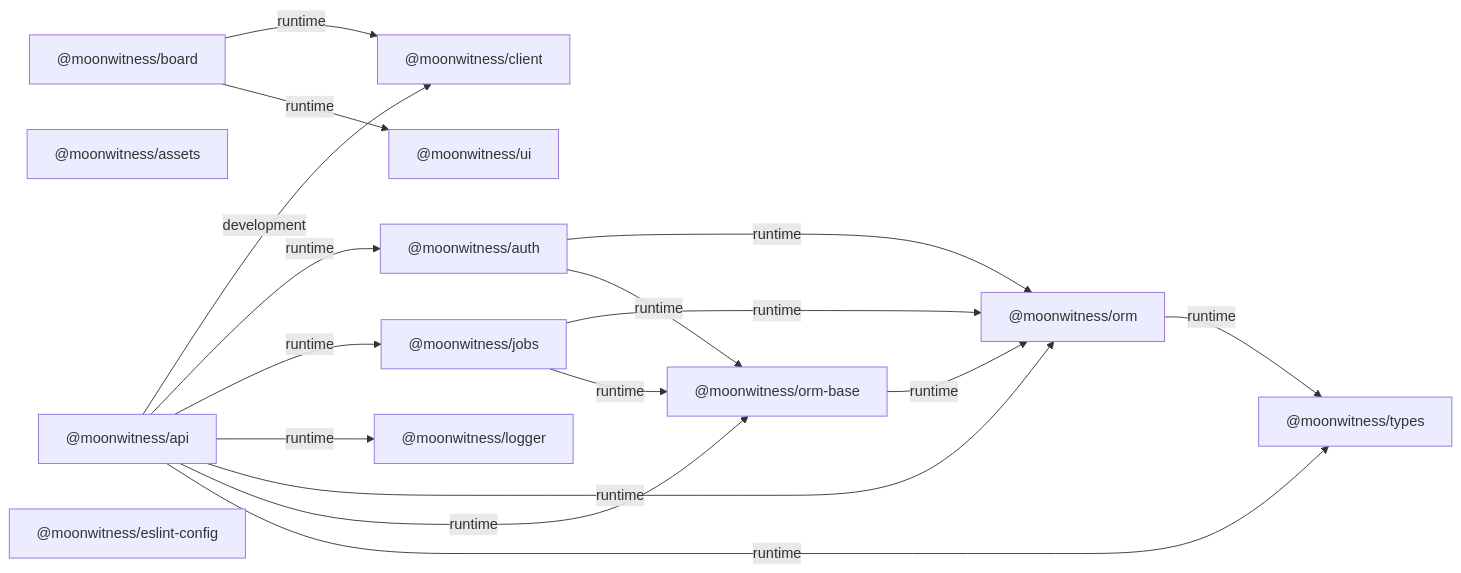
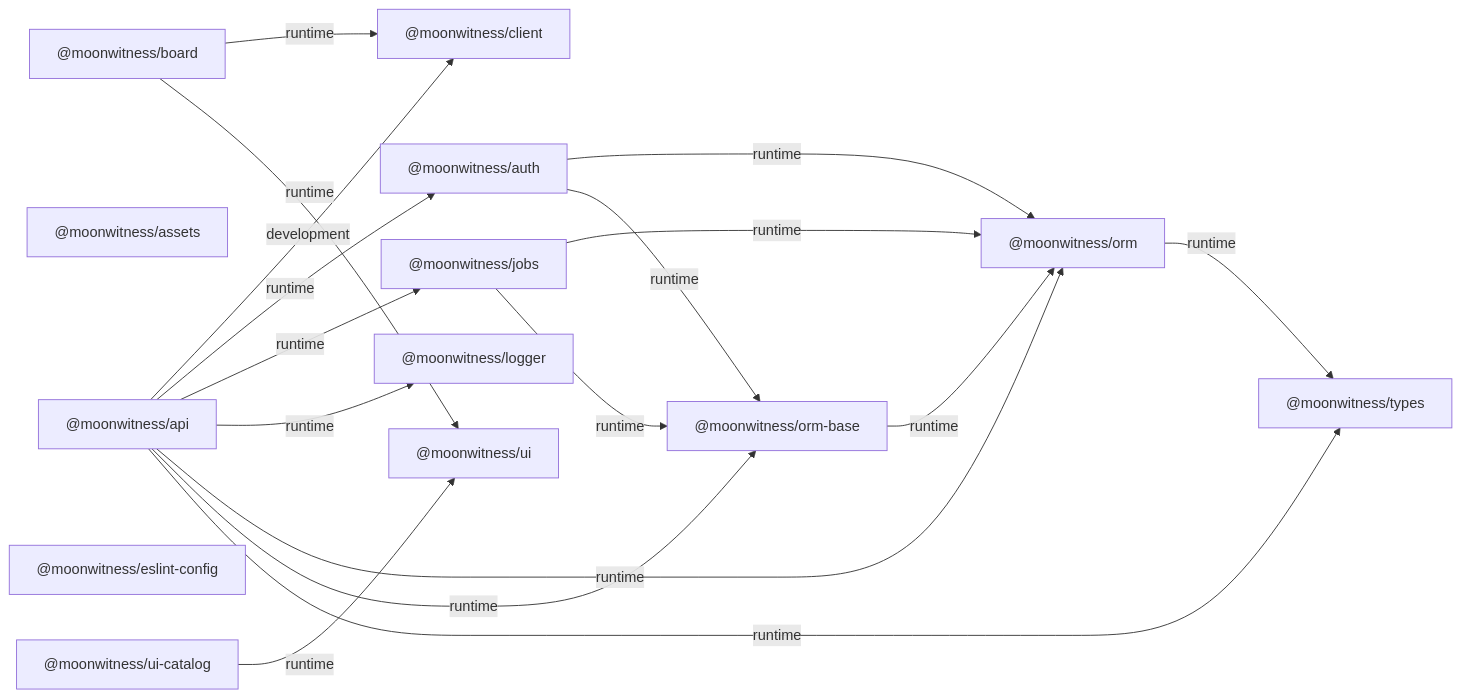
The diagram in docs/architecture/diagrams/workspace-dependencies.mmd (bjo163/moonwitness-xi), drawn with Mermaid before and after one commit. The commit also changed 18 other files, not shown here.

```diff
--- a/docs/architecture/diagrams/workspace-dependencies.mmd
+++ b/docs/architecture/diagrams/workspace-dependencies.mmd
@@ -1,28 +1,30 @@
 flowchart LR
   pkg0["@moonwitness/api"]
   pkg1["@moonwitness/assets"]
   pkg2["@moonwitness/auth"]
   pkg3["@moonwitness/board"]
   pkg4["@moonwitness/client"]
   pkg5["@moonwitness/eslint-config"]
   pkg6["@moonwitness/jobs"]
   pkg7["@moonwitness/logger"]
   pkg8["@moonwitness/orm"]
   pkg9["@moonwitness/orm-base"]
   pkg10["@moonwitness/types"]
   pkg11["@moonwitness/ui"]
+  pkg12["@moonwitness/ui-catalog"]
   pkg0 -->|development| pkg4
   pkg0 -->|runtime| pkg2
   pkg0 -->|runtime| pkg6
   pkg0 -->|runtime| pkg7
   pkg0 -->|runtime| pkg8
   pkg0 -->|runtime| pkg9
   pkg0 -->|runtime| pkg10
   pkg2 -->|runtime| pkg8
   pkg2 -->|runtime| pkg9
   pkg3 -->|runtime| pkg4
   pkg3 -->|runtime| pkg11
   pkg6 -->|runtime| pkg8
   pkg6 -->|runtime| pkg9
   pkg8 -->|runtime| pkg10
   pkg9 -->|runtime| pkg8
+  pkg12 -->|runtime| pkg11
```
